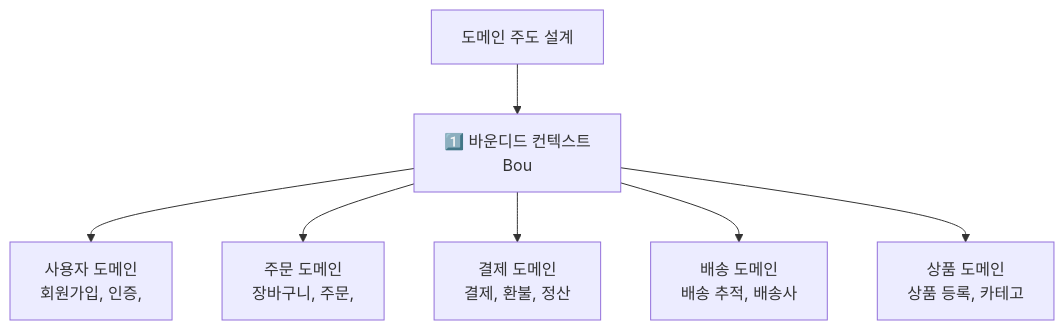
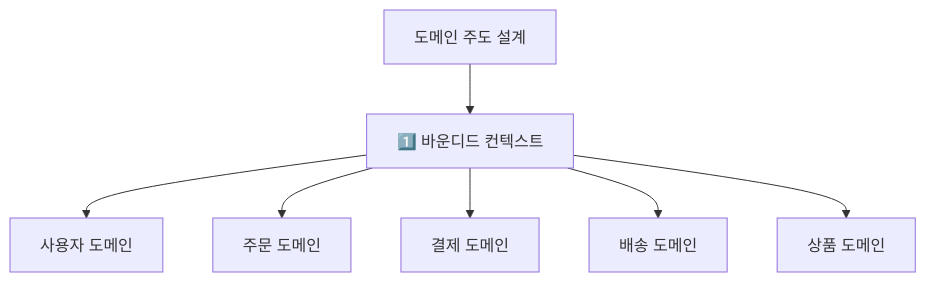
One commit to yjkim2015/yjkim2015.github.io changed the fourth of 15 diagrams in _posts/architecture/2026-05-02-msa-deep.md. Above: the diagram before and after it, drawn with Mermaid. The commit also changed other lines of this file and 217 other files, not shown here.

First line of the commit message:
Mermaid 크기 수정: useMaxWidth:true + SVG max-width:100% + 라벨 축소

````diff
--- a/_posts/architecture/2026-05-02-msa-deep.md
+++ b/_posts/architecture/2026-05-02-msa-deep.md
@@ -75,10 +75,10 @@
 ```mermaid
 graph TD
     DDD["도메인 주도 설계"]
-    DDD --> BC["1️⃣ 바운디드 컨텍스트\nBou"]
-    BC --> User["사용자 도메인\n회원가입, 인증,"]
-    BC --> Order["주문 도메인\n장바구니, 주문,"]
-    BC --> Payment["결제 도메인\n결제, 환불, 정산"]
-    BC --> Delivery["배송 도메인\n배송 추적, 배송사"]
-    BC --> Catalog["상품 도메인\n상품 등록, 카테고"]
+    DDD --> BC["1️⃣ 바운디드 컨텍스트"]
+    BC --> User["사용자 도메인"]
+    BC --> Order["주문 도메인"]
+    BC --> Payment["결제 도메인"]
+    BC --> Delivery["배송 도메인"]
+    BC --> Catalog["상품 도메인"]
 ```
````
